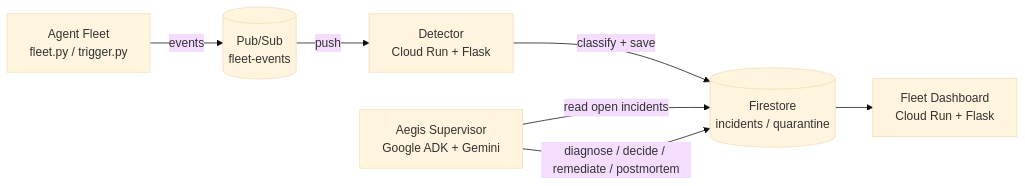
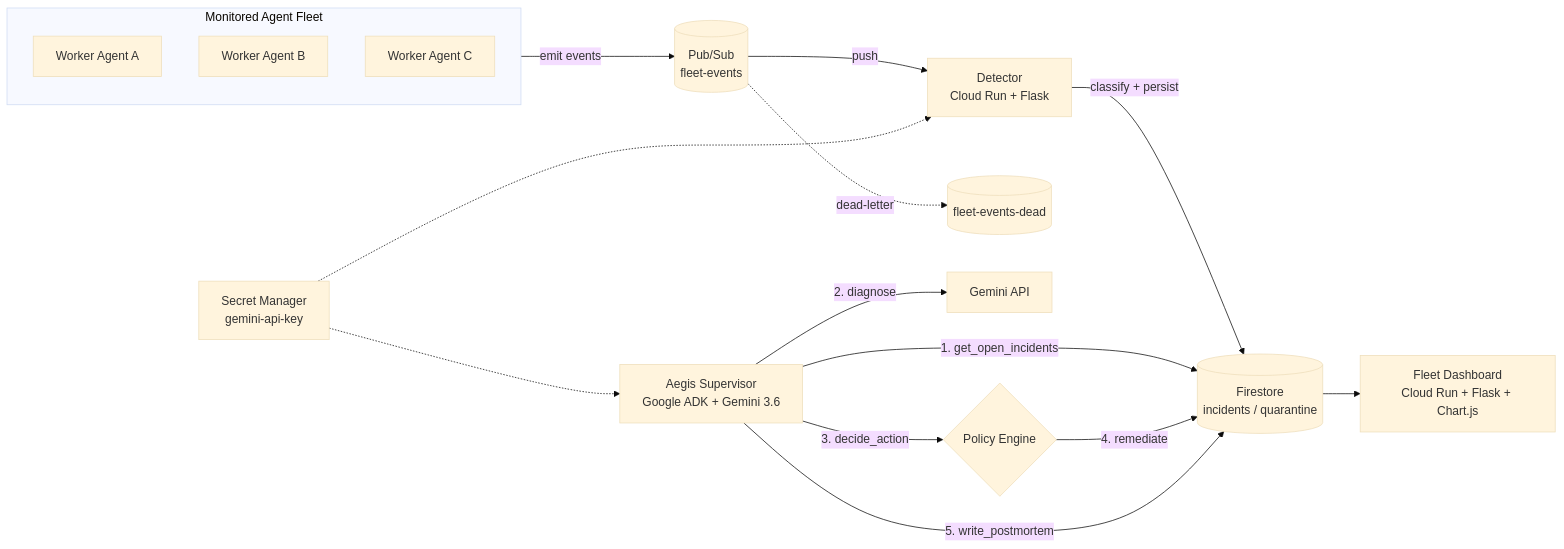
The first of 3 diagrams in README.md (maazmdx/aegis-agent), drawn with Mermaid (base theme) before and after one commit. The commit also changed other lines of this file, not shown here.

Commit message:
Add incident-lifecycle and supervisor-loop diagrams to README

````diff
--- a/README.md
+++ b/README.md
@@ -28,9 +28,21 @@
 ```mermaid
 flowchart LR
-    A[Agent Fleet<br/>fleet.py / trigger.py] -->|events| P[(Pub/Sub<br/>fleet-events)]
-    P -->|push| D[Detector<br/>Cloud Run + Flask]
-    D -->|classify + save| F[(Firestore<br/>incidents / quarantine)]
-    S[Aegis Supervisor<br/>Google ADK + Gemini] -->|read open incidents| F
-    S -->|diagnose / decide / remediate / postmortem| F
-    F --> W[Fleet Dashboard<br/>Cloud Run + Flask]
+    subgraph Fleet["Monitored Agent Fleet"]
+      A1[Worker Agent A]
+      A2[Worker Agent B]
+      A3[Worker Agent C]
+    end
+    Fleet -->|emit events| PS[(Pub/Sub<br/>fleet-events)]
+    PS -->|push| DET[Detector<br/>Cloud Run + Flask]
+    PS -.dead-letter.-> DLQ[(fleet-events-dead)]
+    DET -->|classify + persist| FS[(Firestore<br/>incidents / quarantine)]
+    SUP[Aegis Supervisor<br/>Google ADK + Gemini 3.6]
+    SUP -->|1. get_open_incidents| FS
+    SUP -->|2. diagnose| GEM[Gemini API]
+    SUP -->|3. decide_action| POL{Policy Engine}
+    POL -->|4. remediate| FS
+    SUP -->|5. write_postmortem| FS
+    FS --> DASH[Fleet Dashboard<br/>Cloud Run + Flask + Chart.js]
+    SEC[Secret Manager<br/>gemini-api-key] -.-> SUP
+    SEC -.-> DET
 ```
````
